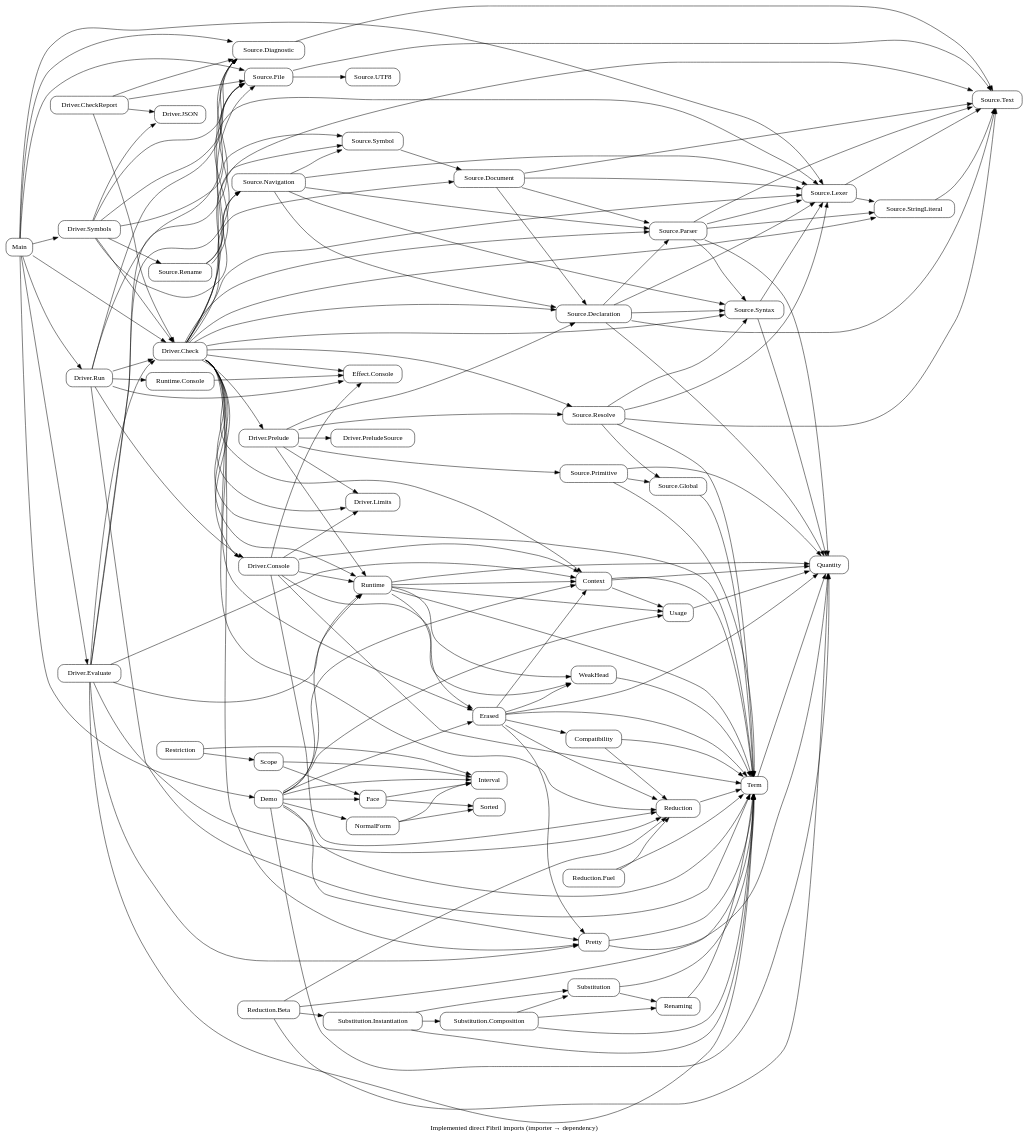
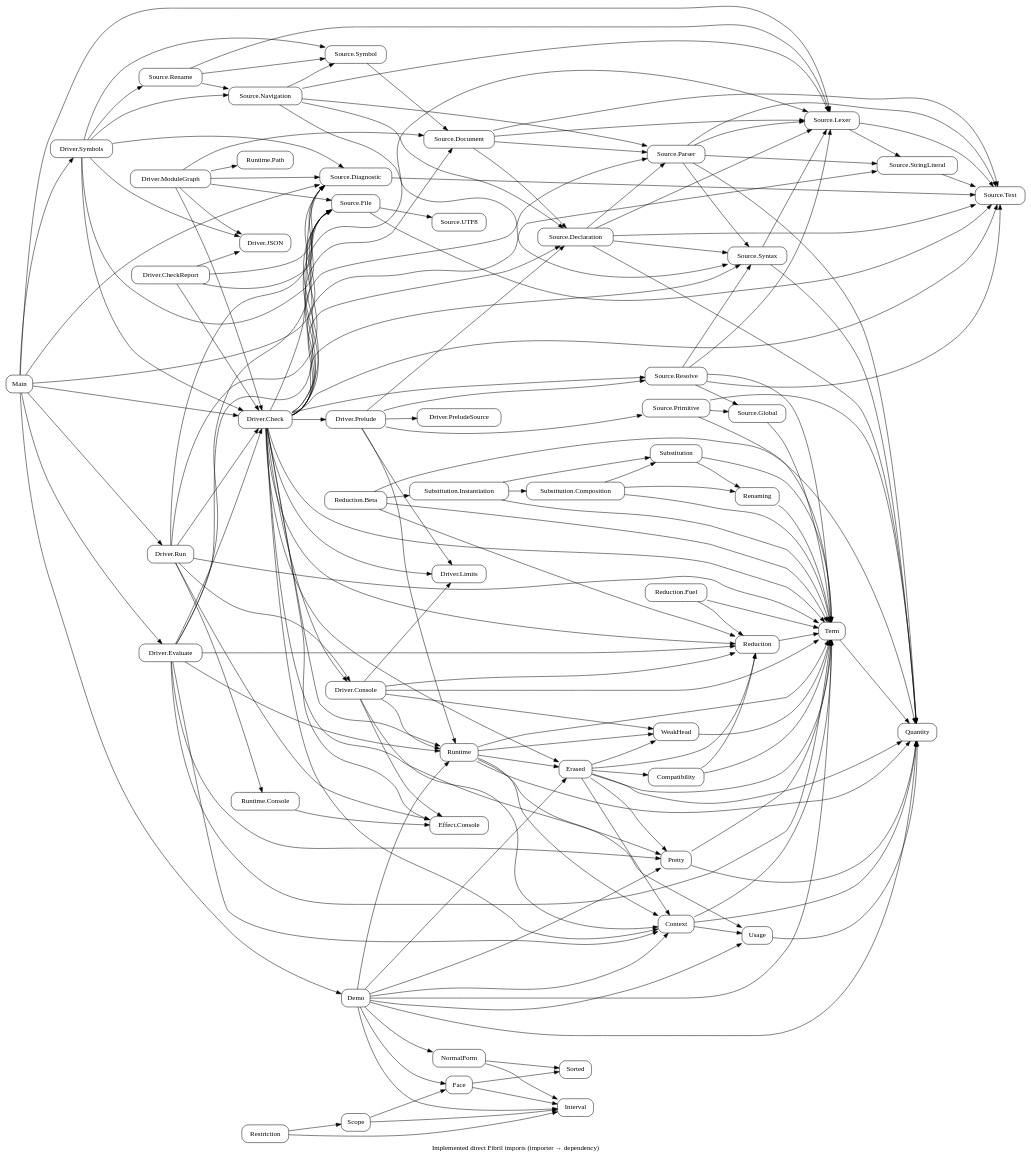
Before and after one commit to odunboye/fibril: the diagram in docs/diagrams/modules.dot, drawn with Graphviz. The commit also changed 23 other files, not shown here.

Commit message:
Discover bounded canonical local module dependency graphs

```diff
--- a/docs/diagrams/modules.dot
+++ b/docs/diagrams/modules.dot
@@ -1,49 +1,50 @@
 digraph Modules {
 rankdir=LR; node [shape=box,style=rounded];
 "Source.File" -> {"Source.UTF8" "Source.Text"};
 Main -> {"Source.File" "Source.Lexer" "Source.Diagnostic"};
 "Source.Diagnostic" -> "Source.Text";
 "Source.Declaration" -> {Quantity "Source.Text" "Source.Lexer" "Source.Syntax" "Source.Parser"};
 "Source.Lexer" -> {"Source.Text" "Source.StringLiteral"};
 "Source.StringLiteral" -> "Source.Text";
 "Driver.Console" -> {Context Term Runtime Reduction WeakHead "Effect.Console" "Driver.Limits"};
 "Runtime.Console" -> "Effect.Console";
 "Driver.Run" -> {Term "Source.File" "Source.Diagnostic" "Effect.Console" "Runtime.Console" "Driver.Check" "Driver.Console"};
 "Source.Syntax" -> {Quantity "Source.Lexer"};
 "Source.Parser" -> {Quantity "Source.Text" "Source.Lexer" "Source.Syntax" "Source.StringLiteral"};
 "Source.Resolve" -> {Term "Source.Text" "Source.Lexer" "Source.Syntax" "Source.Global"};
 "Driver.Check" -> {"Source.Text" "Source.Lexer" "Source.Syntax" "Source.Parser" "Source.Declaration" "Source.StringLiteral" "Source.Resolve" "Source.File" "Source.Diagnostic" Term Context Pretty Erased Runtime "Driver.Console" "Effect.Console"};
 "Driver.Prelude" -> {Runtime "Source.Declaration" "Source.Resolve" "Source.Primitive" "Driver.PreludeSource" "Driver.Limits"};
 "Source.Primitive" -> {"Source.Global" Term Quantity};
 "Source.Global" -> Term;
 "Driver.Check" -> {"Driver.Prelude" "Driver.Limits" Reduction};
 "Source.Rename" -> {"Source.Navigation" "Source.Symbol" "Source.Lexer"};
 "Driver.Symbols" -> {"Source.Rename" "Driver.JSON"};
 "Driver.CheckReport" -> {"Driver.Check" "Driver.JSON" "Source.File" "Source.Diagnostic"};
 "Source.Navigation" -> {"Source.Symbol" "Source.Declaration" "Source.Parser" "Source.Lexer" "Source.Syntax"};
 "Driver.Symbols" -> "Source.Navigation";
+"Driver.ModuleGraph" -> {"Runtime.Path" "Source.Document" "Source.File" "Source.Diagnostic" "Driver.JSON" "Driver.Check"};
 "Source.Document" -> {"Source.Declaration" "Source.Parser" "Source.Lexer" "Source.Text"};
 "Source.Symbol" -> "Source.Document";
 "Driver.Check" -> "Source.Document";
 "Driver.Symbols" -> {"Source.Symbol" "Driver.Check" "Source.File" "Source.Diagnostic"};
 Main -> {"Driver.Symbols" "Driver.Check" "Driver.Evaluate" "Driver.Run"};
 "Driver.Evaluate" -> {Context Term Pretty Reduction Runtime "Source.File" "Source.Diagnostic" "Driver.Check"};
 Quantity; Interval; NormalForm; Face; Scope; Restriction; Term;
 NormalForm -> {Interval Sorted}; Face -> {Interval Sorted};
 Scope -> {Interval Face}; Restriction -> {Interval Scope};
 Demo -> {Quantity Term Context Usage Pretty Erased Runtime Interval NormalForm Face};
 Main -> Demo;
 Pretty -> {Quantity Term};
 Term -> Quantity; Usage -> Quantity; Context -> {Quantity Term Usage};
 Reduction -> Term; WeakHead -> Term;
 Compatibility -> {Term Reduction};
 Renaming -> Term;
 Substitution -> {Term Renaming};
 "Substitution.Composition" -> {Term Renaming Substitution};
 "Substitution.Instantiation" -> {Term Substitution "Substitution.Composition"};
 "Reduction.Beta" -> {Quantity Term Reduction "Substitution.Instantiation"};
 "Reduction.Fuel" -> {Term Reduction};
 Erased -> {Quantity Term Pretty Context Compatibility WeakHead Reduction};
 Runtime -> {Quantity Term Context Usage WeakHead Erased};
 label="Implemented direct Fibril imports (importer → dependency)";
 }
```
